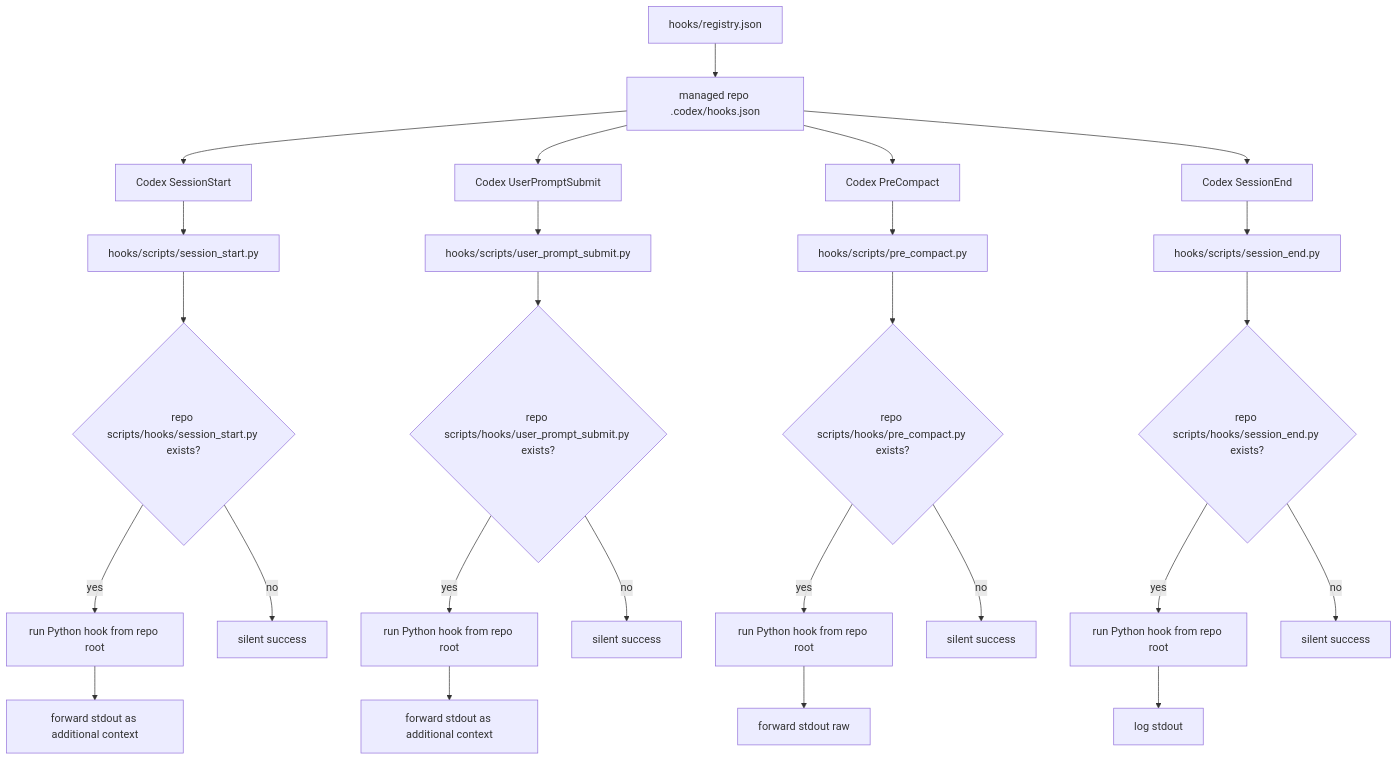
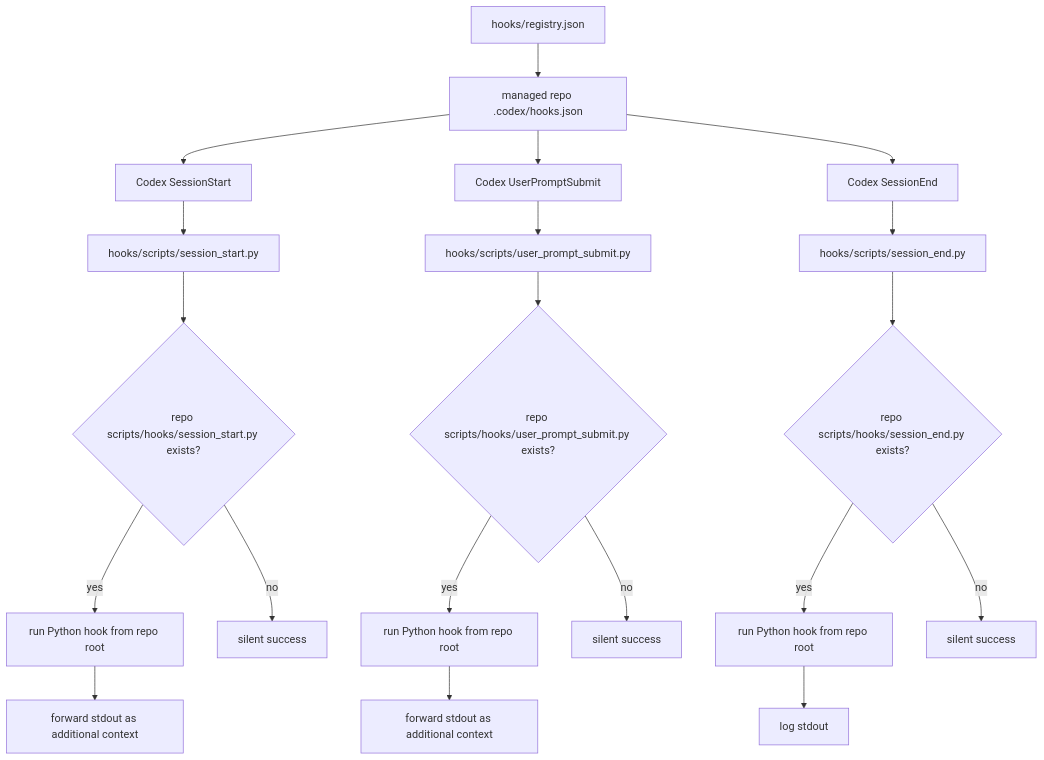
The third of 5 diagrams in docs/architecture/codex-control-plane-script-flows.md (wisdom-in-a-nutshell/.agents), drawn with Mermaid before and after one commit. The commit also changed other lines of this file and 22 other files, not shown here.

````diff
--- a/docs/architecture/codex-control-plane-script-flows.md
+++ b/docs/architecture/codex-control-plane-script-flows.md
@@ -65,31 +65,24 @@
 ```mermaid
 flowchart TD
     A["hooks/registry.json"] --> B["managed repo .codex/hooks.json"]
     B --> C["Codex SessionStart"]
     C --> D["hooks/scripts/session_start.py"]
     D --> E{"repo scripts/hooks/session_start.py exists?"}
     E -->|"yes"| F["run Python hook from repo root"]
     F --> G["forward stdout as additional context"]
     E -->|"no"| H["silent success"]
 
     B --> I["Codex UserPromptSubmit"]
     I --> J["hooks/scripts/user_prompt_submit.py"]
     J --> K{"repo scripts/hooks/user_prompt_submit.py exists?"}
     K -->|"yes"| L["run Python hook from repo root"]
     L --> M["forward stdout as additional context"]
     K -->|"no"| N["silent success"]
 
-    B --> O["Codex PreCompact"]
-    O --> P["hooks/scripts/pre_compact.py"]
-    P --> Q{"repo scripts/hooks/pre_compact.py exists?"}
-    Q -->|"yes"| R["run Python hook from repo root"]
-    R --> S["forward stdout raw"]
-    Q -->|"no"| T["silent success"]
-
     B --> U["Codex SessionEnd"]
     U --> V["hooks/scripts/session_end.py"]
     V --> W{"repo scripts/hooks/session_end.py exists?"}
     W -->|"yes"| X["run Python hook from repo root"]
     X --> Y["log stdout"]
     W -->|"no"| Z["silent success"]
 ```
````
